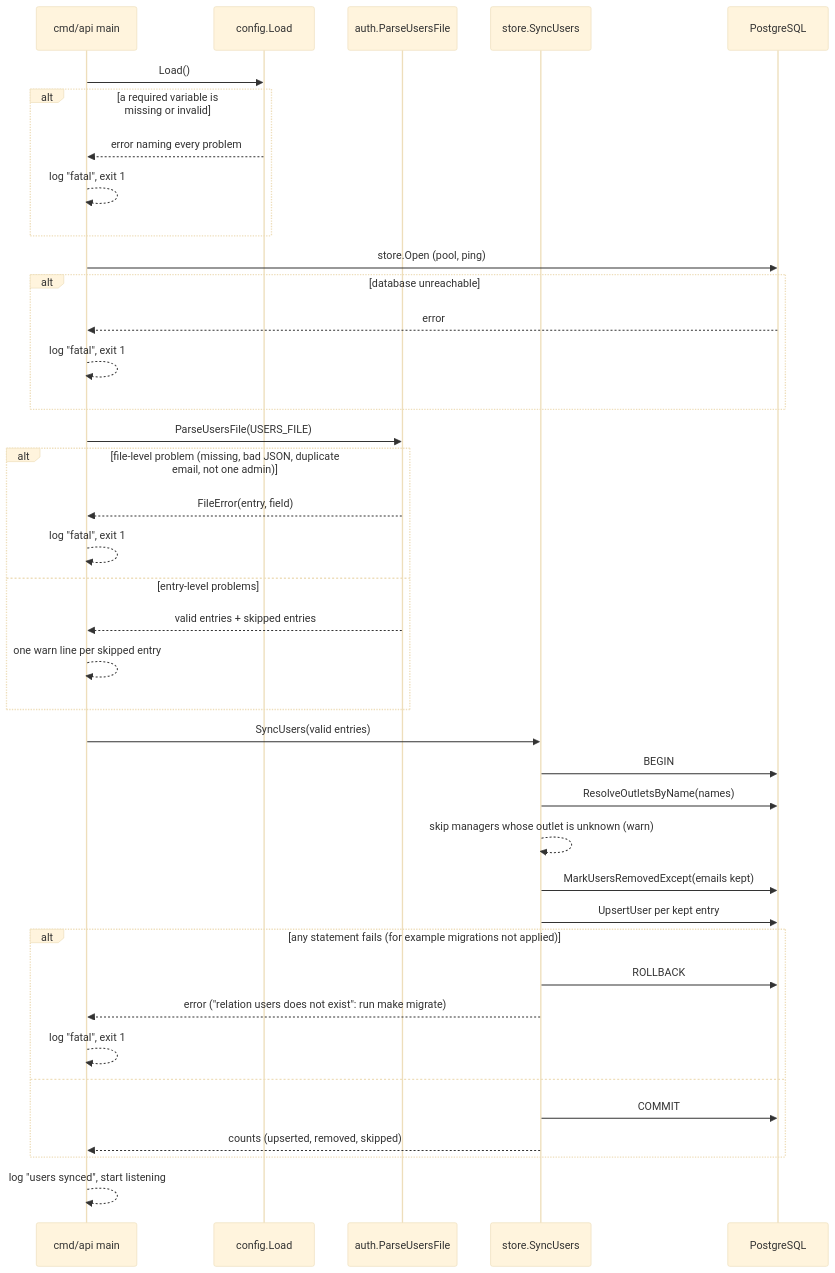
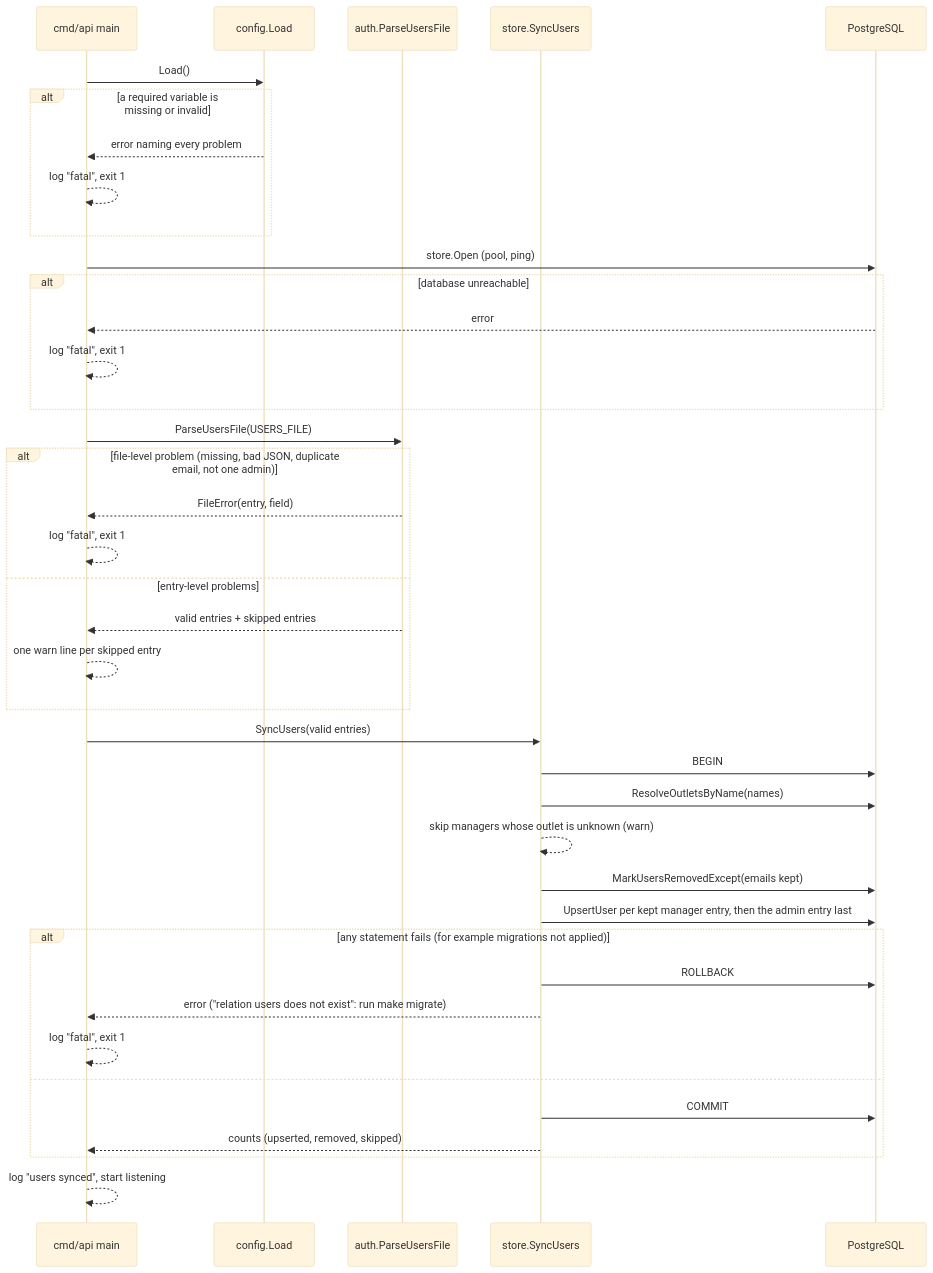
One commit to manikorimilli/outlet-owl changed the first of 7 diagrams in docs/design/phase-1-server-lld.md. Above: the diagram before and after it, drawn with Mermaid (base theme). The commit also changed other lines of this file and 4 other files, not shown here.

````diff
--- a/docs/design/phase-1-server-lld.md
+++ b/docs/design/phase-1-server-lld.md
@@ -96,41 +114,41 @@
 ```mermaid
 sequenceDiagram
     participant Main as cmd/api main
     participant Cfg as config.Load
     participant UF as auth.ParseUsersFile
     participant St as store.SyncUsers
     participant PG as PostgreSQL
     Main->>Cfg: Load()
     alt a required variable is missing or invalid
         Cfg-->>Main: error naming every problem
         Main-->>Main: log "fatal", exit 1
     end
     Main->>PG: store.Open (pool, ping)
     alt database unreachable
         PG-->>Main: error
         Main-->>Main: log "fatal", exit 1
     end
     Main->>UF: ParseUsersFile(USERS_FILE)
     alt file-level problem (missing, bad JSON, duplicate email, not one admin)
         UF-->>Main: FileError(entry, field)
         Main-->>Main: log "fatal", exit 1
     else entry-level problems
         UF-->>Main: valid entries + skipped entries
         Main-->>Main: one warn line per skipped entry
     end
     Main->>St: SyncUsers(valid entries)
     St->>PG: BEGIN
     St->>PG: ResolveOutletsByName(names)
     St-->>St: skip managers whose outlet is unknown (warn)
     St->>PG: MarkUsersRemovedExcept(emails kept)
-    St->>PG: UpsertUser per kept entry
+    St->>PG: UpsertUser per kept manager entry, then the admin entry last
     alt any statement fails (for example migrations not applied)
         St->>PG: ROLLBACK
         St-->>Main: error ("relation users does not exist": run make migrate)
         Main-->>Main: log "fatal", exit 1
     else
         St->>PG: COMMIT
         St-->>Main: counts (upserted, removed, skipped)
     end
     Main-->>Main: log "users synced", start listening
 ```
````
